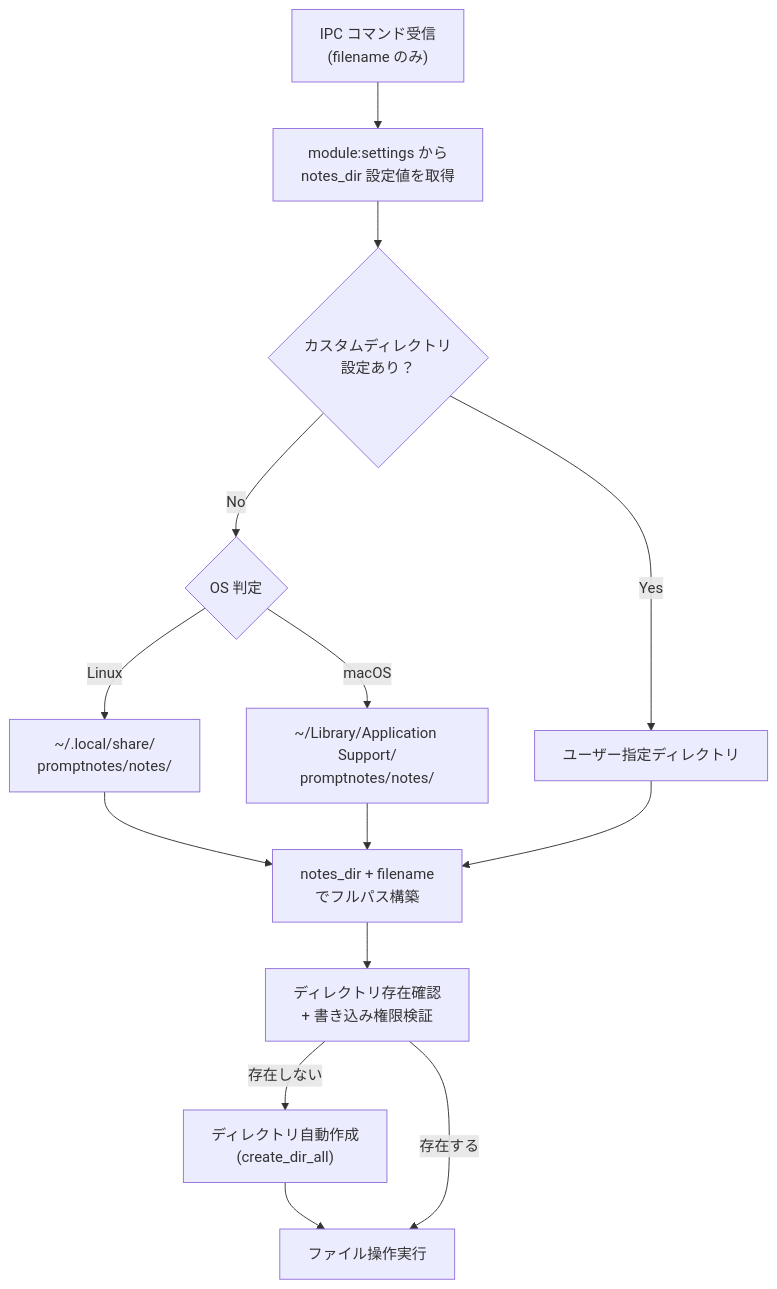
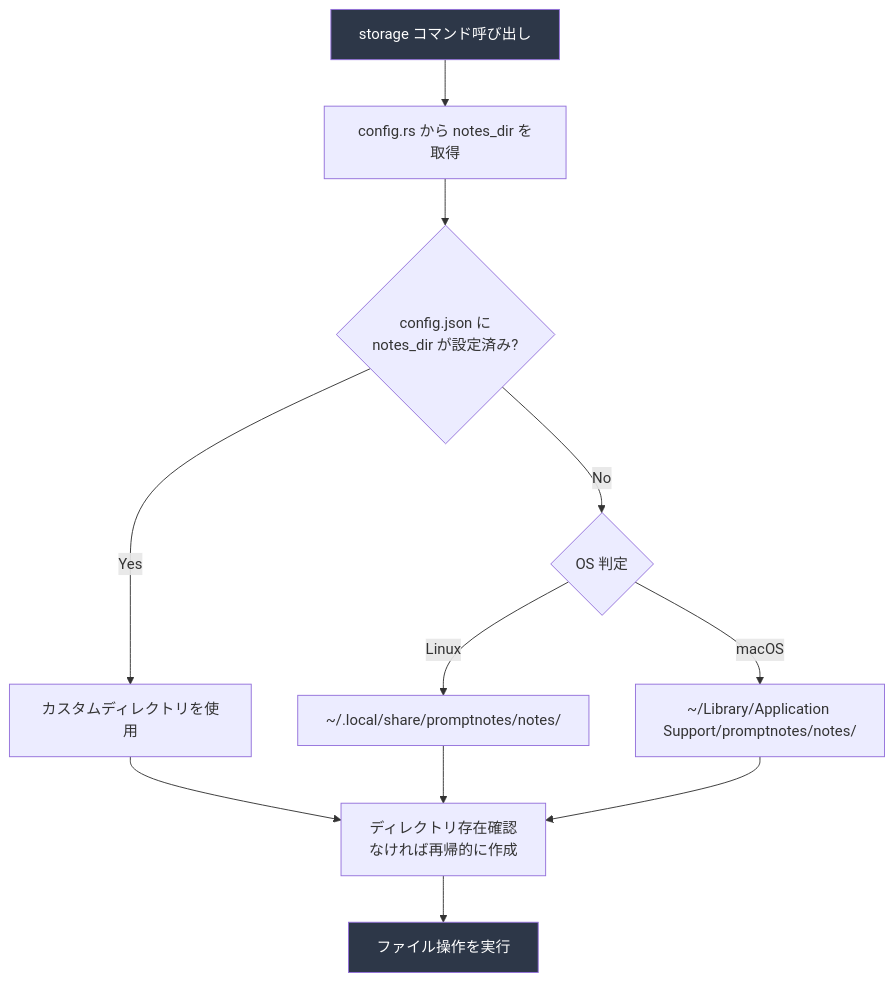
The third of 3 diagrams in docs/detailed_design/storage_fileformat_design.md (dev-komenzar/prompt-notes), drawn with Mermaid before and after one commit. The commit also changed other lines of this file and 7 other files, not shown here.

````diff
--- a/docs/detailed_design/storage_fileformat_design.md
+++ b/docs/detailed_design/storage_fileformat_design.md
@@ -115,28 +127,16 @@
 ```mermaid
-flowchart TB
-    Start["IPC コマンド受信<br/>(filename のみ)"]
-    LoadSettings["module:settings から<br/>notes_dir 設定値を取得"]
-    HasCustom{カスタムディレクトリ<br/>設定あり？}
-    DefaultLinux["~/.local/share/<br/>promptnotes/notes/"]
-    DefaultMac["~/Library/Application Support/<br/>promptnotes/notes/"]
-    CustomDir["ユーザー指定ディレクトリ"]
-    DetectOS{OS 判定}
-    JoinPath["notes_dir + filename<br/>でフルパス構築"]
-    ValidateDir["ディレクトリ存在確認<br/>+ 書き込み権限検証"]
-    EnsureDir["ディレクトリ自動作成<br/>(create_dir_all)"]
-    Execute["ファイル操作実行"]
+flowchart TD
+    Start["storage コマンド呼び出し"] --> ReadConfig["config.rs から notes_dir を取得"]
+    ReadConfig --> HasCustom{config.json に<br/>notes_dir が設定済み?}
+    HasCustom -->|Yes| UseCustom["カスタムディレクトリを使用"]
+    HasCustom -->|No| DetectOS{OS 判定}
+    DetectOS -->|Linux| Linux["~/.local/share/promptnotes/notes/"]
+    DetectOS -->|macOS| Mac["~/Library/Application Support/promptnotes/notes/"]
+    UseCustom --> EnsureDir["ディレクトリ存在確認<br/>なければ再帰的に作成"]
+    Linux --> EnsureDir
+    Mac --> EnsureDir
+    EnsureDir --> Execute["ファイル操作を実行"]
 
-    Start --> LoadSettings
-    LoadSettings --> HasCustom
-    HasCustom -->|Yes| CustomDir
-    HasCustom -->|No| DetectOS
-    DetectOS -->|Linux| DefaultLinux
-    DetectOS -->|macOS| DefaultMac
-    DefaultLinux --> JoinPath
-    DefaultMac --> JoinPath
-    CustomDir --> JoinPath
-    JoinPath --> ValidateDir
-    ValidateDir -->|存在しない| EnsureDir
-    EnsureDir --> Execute
-    ValidateDir -->|存在する| Execute
+    style Start fill:#2d3748,color:#fff
+    style Execute fill:#2d3748,color:#fff
 ```
````
